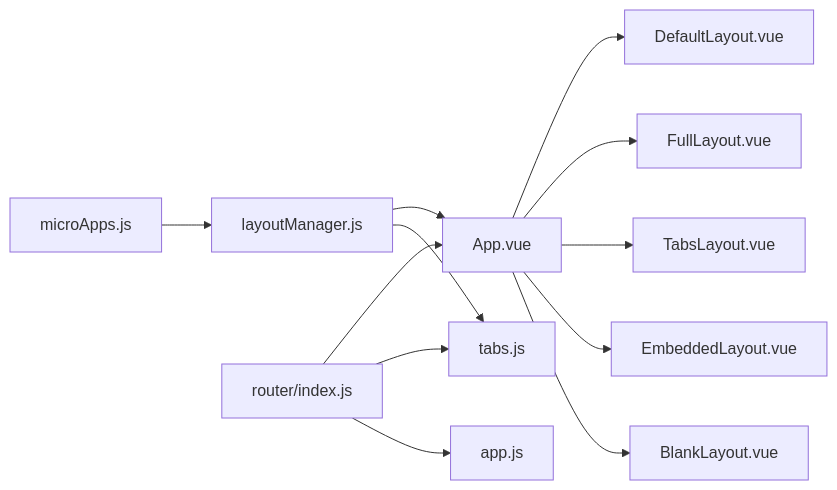
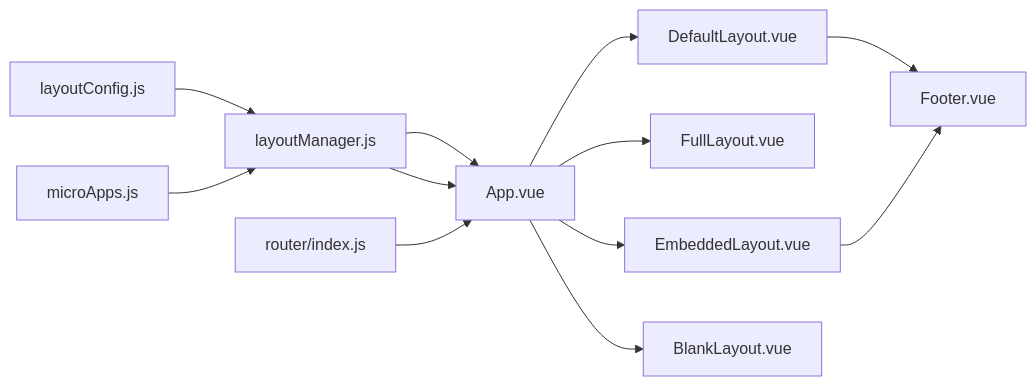
The seventh of 7 diagrams in .qoder/repowiki/zh/content/核心组件/布局管理器.md (my-Sitara/artisan-base-frontend), drawn with Mermaid before and after one commit. The commit also changed other lines of this file and 25 other files, not shown here.

````diff
--- a/.qoder/repowiki/zh/content/核心组件/布局管理器.md
+++ b/.qoder/repowiki/zh/content/核心组件/布局管理器.md
@@ -298,14 +321,14 @@
 ```mermaid
 graph LR
 LM["layoutManager.js"] --> APP["App.vue"]
+LC["layoutConfig.js"] --> LM
 APP --> DEF["DefaultLayout.vue"]
 APP --> FULL["FullLayout.vue"]
-APP --> TABS["TabsLayout.vue"]
 APP --> EMB["EmbeddedLayout.vue"]
 APP --> BLK["BlankLayout.vue"]
+DEF --> FOOTER["Footer.vue"]
+EMB --> FOOTER
 ROUTER["router/index.js"] --> APP
-ROUTER --> TABS_STORE["tabs.js"]
-ROUTER --> APP_STORE["app.js"]
 CONFIG["microApps.js"] --> LM
-LM --> TABS_STORE
+LM --> APP
 ```
````
